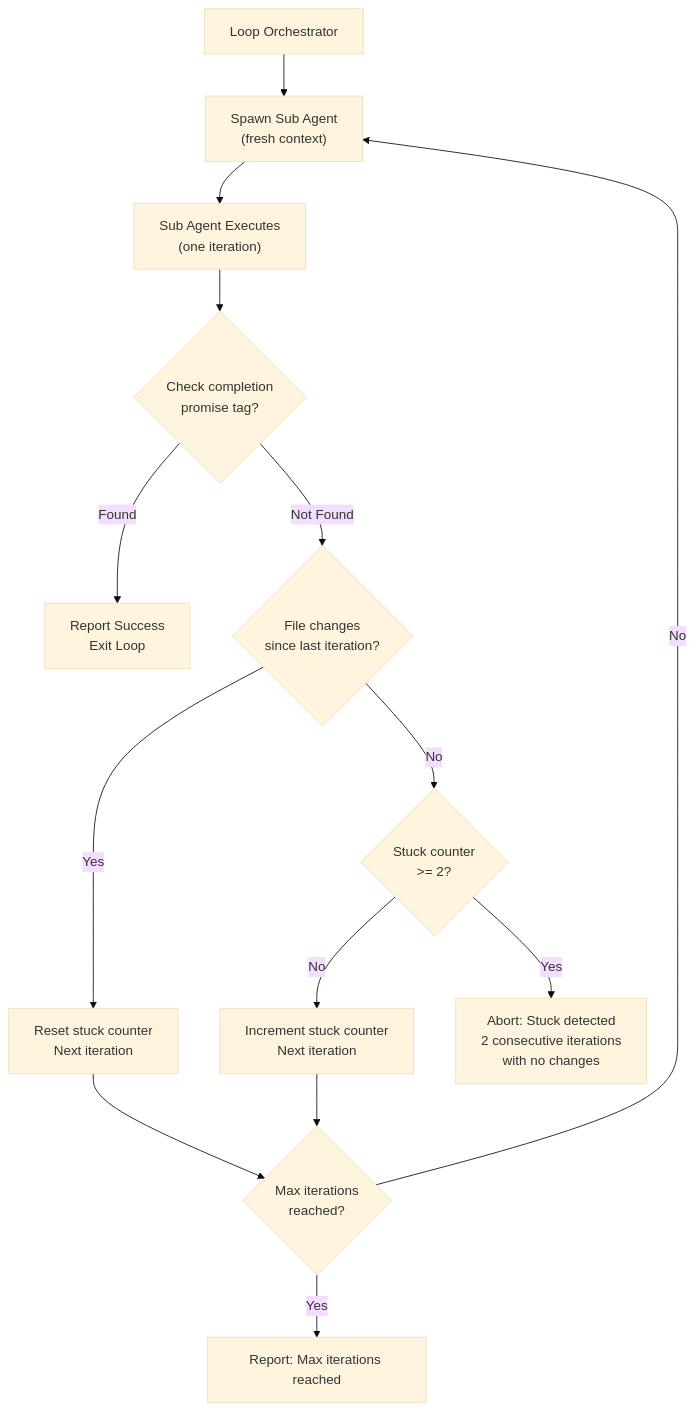
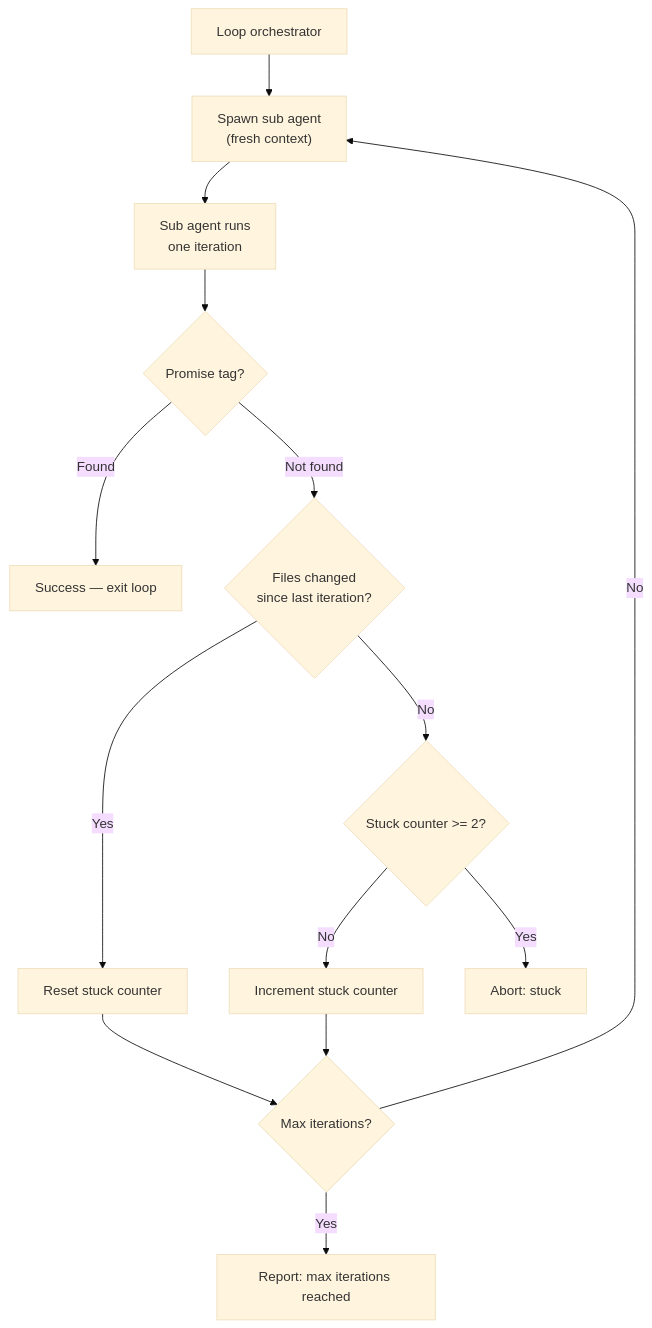
The second of 2 diagrams in README.md (jnhuynh/spec-kit-simpsons-loops), drawn with Mermaid (base theme) before and after one commit. The commit also changed other lines of this file, not shown here.

````diff
--- a/README.md
+++ b/README.md
@@ -72,16 +224,16 @@
 ```mermaid
 flowchart TD
-    A["Loop Orchestrator"] --> B["Spawn Sub Agent\n(fresh context)"]
-    B --> C["Sub Agent Executes\n(one iteration)"]
-    C --> D{Check completion\npromise tag?}
-    D -->|"Found"| E["Report Success\nExit Loop"]
-    D -->|"Not Found"| F{File changes\nsince last iteration?}
-    F -->|"Yes"| G["Reset stuck counter\nNext iteration"]
-    F -->|"No"| H{Stuck counter\n>= 2?}
-    H -->|"No"| I["Increment stuck counter\nNext iteration"]
-    H -->|"Yes"| J["Abort: Stuck detected\n2 consecutive iterations\nwith no changes"]
-    G --> K{Max iterations\nreached?}
+    A["Loop orchestrator"] --> B["Spawn sub agent<br/>(fresh context)"]
+    B --> C["Sub agent runs<br/>one iteration"]
+    C --> D{Promise tag?}
+    D -->|"Found"| E["Success — exit loop"]
+    D -->|"Not found"| F{Files changed<br/>since last iteration?}
+    F -->|"Yes"| G["Reset stuck counter"]
+    F -->|"No"| H{Stuck counter >= 2?}
+    H -->|"No"| I["Increment stuck counter"]
+    H -->|"Yes"| J["Abort: stuck"]
+    G --> K{Max iterations?}
     I --> K
     K -->|"No"| B
-    K -->|"Yes"| L["Report: Max iterations reached"]
+    K -->|"Yes"| L["Report: max iterations reached"]
 ```
````
